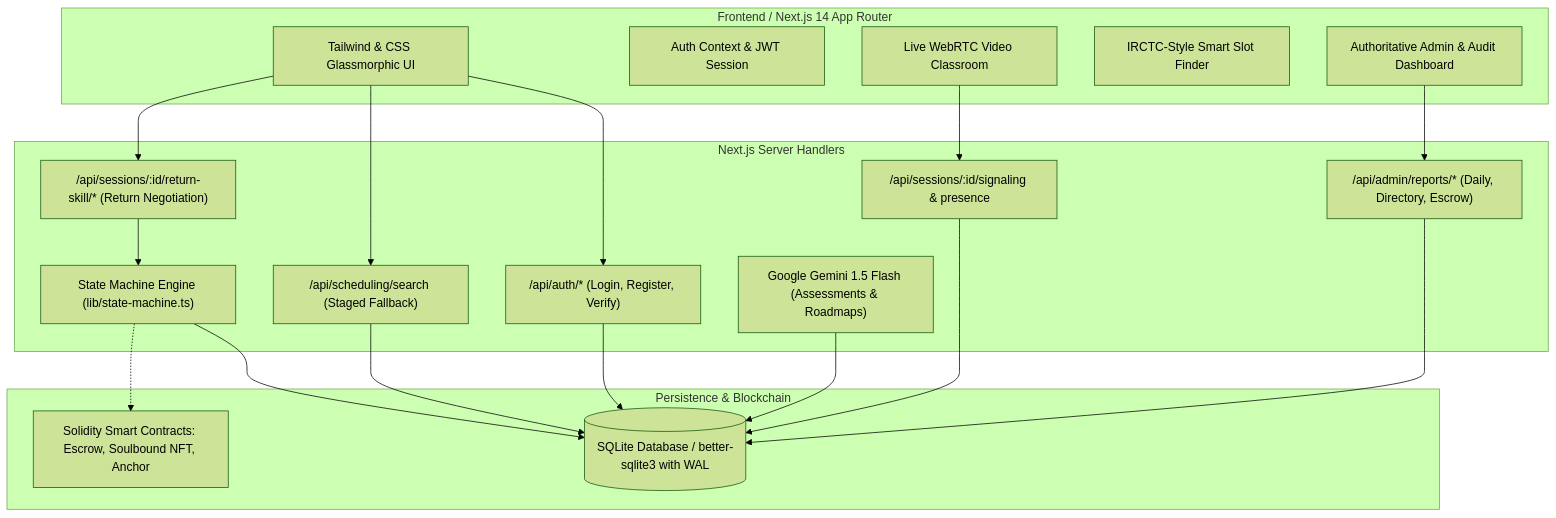
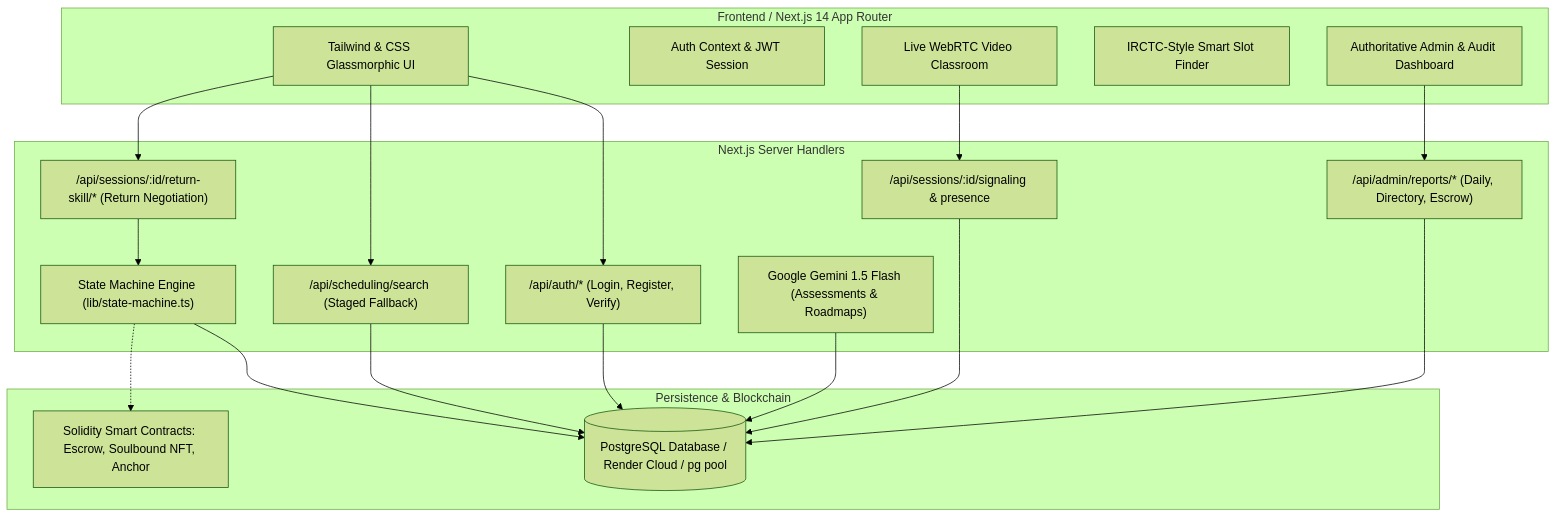
One commit to dhilleswar76/Recipro changed the first of 2 diagrams in README.md. Above: the diagram before and after it, drawn with Mermaid (forest theme). The commit also changed other lines of this file and 35 other files, not shown here.

Commit message:
feat: complete migration from SQLite to PostgreSQL and configure for Vercel deployment

````diff
--- a/README.md
+++ b/README.md
@@ -24,40 +24,40 @@
 ```mermaid
 flowchart TD
     subgraph Client Layer [Frontend / Next.js 14 App Router]
         UI[Tailwind & CSS Glassmorphic UI]
         AuthCtx[Auth Context & JWT Session]
         VideoRoom[Live WebRTC Video Classroom]
         SmartSearch[IRCTC-Style Smart Slot Finder]
         AdminUI[Authoritative Admin & Audit Dashboard]
     end
 
     subgraph API & Services Layer [Next.js Server Handlers]
         AuthAPI["/api/auth/* (Login, Register, Verify)"]
         SearchAPI["/api/scheduling/search (Staged Fallback)"]
         ExchangeAPI["/api/sessions/:id/return-skill/* (Return Negotiation)"]
         SignalingAPI["/api/sessions/:id/signaling & presence"]
         EscrowSM["State Machine Engine (lib/state-machine.ts)"]
         GeminiAI["Google Gemini 1.5 Flash (Assessments & Roadmaps)"]
         AdminAPI["/api/admin/reports/* (Daily, Directory, Escrow)"]
     end
 
     subgraph Data & Storage Layer [Persistence & Blockchain]
-        SQLite[(SQLite Database / better-sqlite3 with WAL)]
+        PostgreSQL[(PostgreSQL Database / Render Cloud / pg pool)]
         Contracts[Solidity Smart Contracts: Escrow, Soulbound NFT, Anchor]
     end
 
     UI --> AuthAPI
     UI --> SearchAPI
     UI --> ExchangeAPI
     VideoRoom --> SignalingAPI
     AdminUI --> AdminAPI
 
-    AuthAPI --> SQLite
-    SearchAPI --> SQLite
+    AuthAPI --> PostgreSQL
+    SearchAPI --> PostgreSQL
     ExchangeAPI --> EscrowSM
-    EscrowSM --> SQLite
-    SignalingAPI --> SQLite
-    GeminiAI --> SQLite
-    AdminAPI --> SQLite
+    EscrowSM --> PostgreSQL
+    SignalingAPI --> PostgreSQL
+    GeminiAI --> PostgreSQL
+    AdminAPI --> PostgreSQL
     EscrowSM -.-> Contracts
 ```
````
